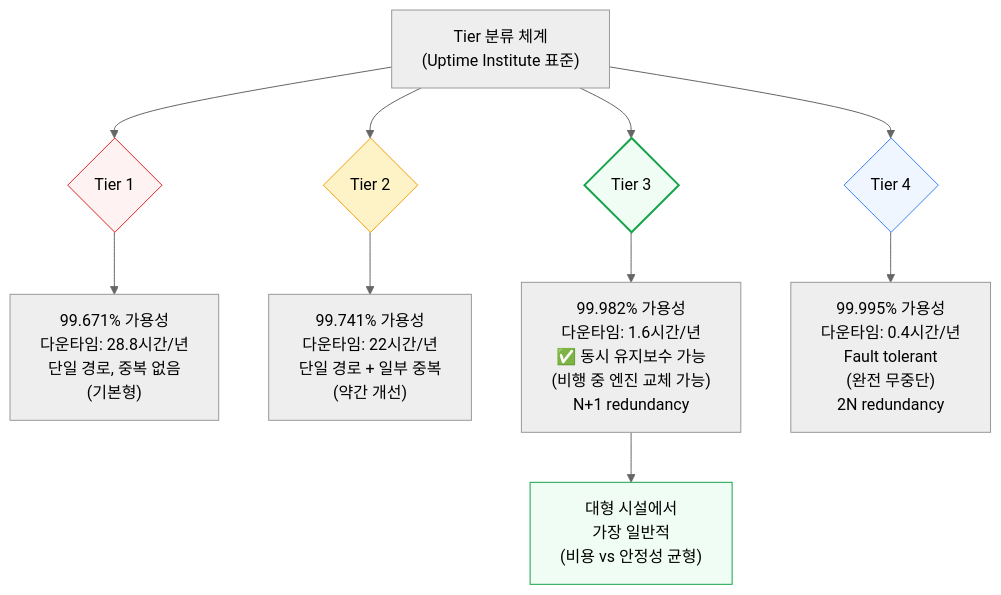
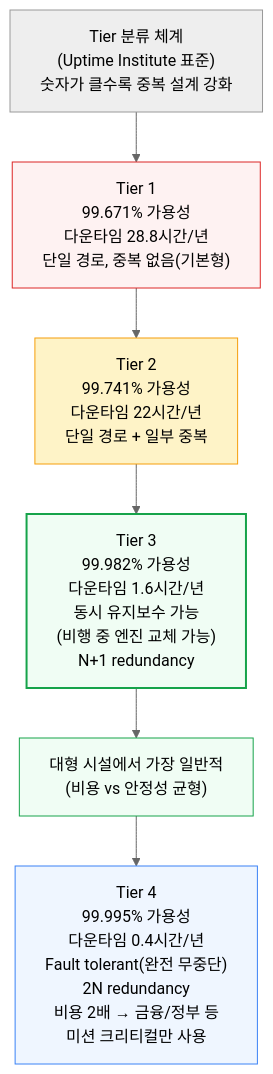
The third of 11 diagrams in 원본 해석/[241014] 데이터센터 해부학 Part 1 - 전기 시스템.md (yohan4477/semi-report), drawn with Mermaid (neutral theme) before and after one commit. The commit also changed other lines of this file and 2 other files, not shown here.

Commit message:
Fix diagram width violations (v14.0) in Part1/doc1/doc3
Part1: Tier1-4 classification converted to sequential chain;
Campus/Building/Hall/Pod diagram split into two + pods merged into
one node. Doc1: training-vs-inference, fast-movers, country-comparison,
and PVOUT-ranking diagrams restructured to stay within 3-child width.
Doc3: gas-delay diagram's 4th cause folded into the 3rd node.

One violation (doc3 'Landscape' node) still pending -- committing now
per time constraint, will finish next.

````diff
--- a/원본 해석/[241014] 데이터센터 해부학 Part 1 - 전기 시스템.md
+++ b/원본 해석/[241014] 데이터센터 해부학 Part 1 - 전기 시스템.md
@@ -161,20 +161,14 @@
 ```mermaid
 flowchart TD
-    Start["Tier 분류 체계<br/>(Uptime Institute 표준)"] --> Tier1{Tier 1}
-    Start --> Tier2{Tier 2}
-    Start --> Tier3{Tier 3}
-    Start --> Tier4{Tier 4}
-
-    Tier1 --> T1Spec["99.671% 가용성<br/>다운타임: 28.8시간/년<br/>단일 경로, 중복 없음<br/>(기본형)"]
-    Tier2 --> T2Spec["99.741% 가용성<br/>다운타임: 22시간/년<br/>단일 경로 + 일부 중복<br/>(약간 개선)"]
-    Tier3 --> T3Spec["99.982% 가용성<br/>다운타임: 1.6시간/년<br/>✅ 동시 유지보수 가능<br/>(비행 중 엔진 교체 가능)<br/>N+1 redundancy"]
-    Tier4 --> T4Spec["99.995% 가용성<br/>다운타임: 0.4시간/년<br/>Fault tolerant<br/>(완전 무중단)<br/>2N redundancy"]
-
-    T3Spec --> MostCommon["대형 시설에서<br/>가장 일반적<br/>(비용 vs 안정성 균형)"]
+    Start["Tier 분류 체계<br/>(Uptime Institute 표준)<br/>숫자가 클수록 중복 설계 강화"] --> Tier1["Tier 1<br/>99.671% 가용성<br/>다운타임 28.8시간/년<br/>단일 경로, 중복 없음(기본형)"]
+    Tier1 --> Tier2["Tier 2<br/>99.741% 가용성<br/>다운타임 22시간/년<br/>단일 경로 + 일부 중복"]
+    Tier2 --> Tier3["Tier 3<br/>99.982% 가용성<br/>다운타임 1.6시간/년<br/>동시 유지보수 가능<br/>(비행 중 엔진 교체 가능)<br/>N+1 redundancy"]
+    Tier3 --> MostCommon["대형 시설에서 가장 일반적<br/>(비용 vs 안정성 균형)"]
+    MostCommon --> Tier4["Tier 4<br/>99.995% 가용성<br/>다운타임 0.4시간/년<br/>Fault tolerant(완전 무중단)<br/>2N redundancy<br/>비용 2배 → 금융/정부 등<br/>미션 크리티컬만 사용"]
 
     style Tier1 fill:#fef2f2,stroke:#dc2626
     style Tier2 fill:#fef3c7,stroke:#f59e0b
     style Tier3 fill:#f0fdf4,stroke:#16a34a,stroke-width:2px
+    style MostCommon fill:#f0fdf4,stroke:#16a34a
     style Tier4 fill:#eff6ff,stroke:#3b82f6
-    style MostCommon fill:#f0fdf4,stroke:#16a34a
 ```
````
